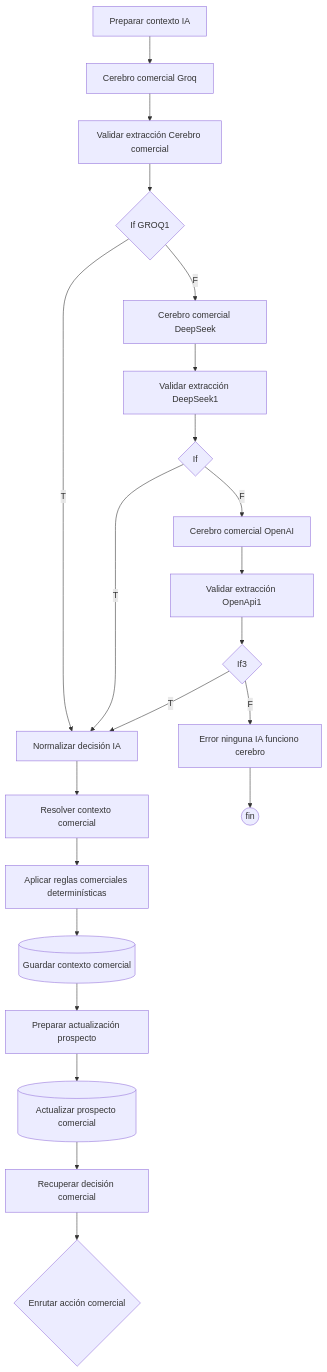
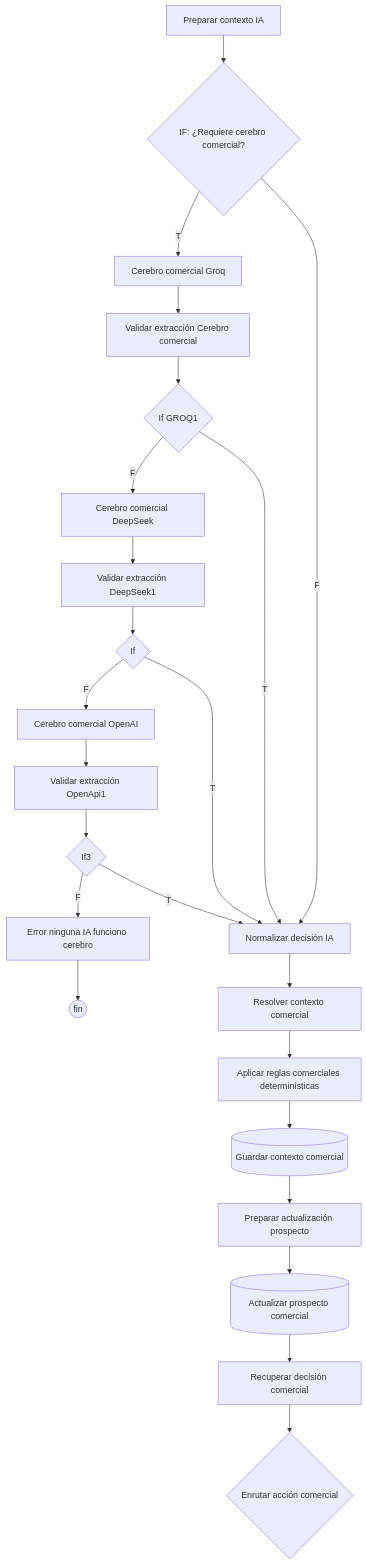
One commit to Theborycuas/pegaso-n8n changed the tenth of 15 diagrams in docs/FLUJO-WORKFLOW-PEGASO.md. Above: the diagram before and after it, drawn with Mermaid. The commit also changed other lines of this file and 19 other files, not shown here.

````diff
--- a/docs/FLUJO-WORKFLOW-PEGASO.md
+++ b/docs/FLUJO-WORKFLOW-PEGASO.md
@@ -331,12 +333,14 @@
 ```mermaid
 flowchart TD
-    PCI[Preparar contexto IA] --> CG[Cerebro comercial Groq] --> VCG[Validar extracción Cerebro comercial] --> G1{If GROQ1}
+    PCI[Preparar contexto IA] --> RCB{IF: ¿Requiere cerebro comercial?}
+    RCB -->|T| CG[Cerebro comercial Groq] --> VCG[Validar extracción Cerebro comercial] --> G1{If GROQ1}
+    RCB -->|F| NDI
     G1 -->|T| NDI[Normalizar decisión IA]
     G1 -->|F| CD[Cerebro comercial DeepSeek] --> VCD[Validar extracción DeepSeek1] --> I{If}
     I -->|T| NDI
     I -->|F| CO[Cerebro comercial OpenAI] --> VCO[Validar extracción OpenApi1] --> I3{If3}
     I3 -->|T| NDI
     I3 -->|F| ERR[Error ninguna IA funciono cerebro] --> F1((fin))
     NDI --> RCC[Resolver contexto comercial] --> ARC[Aplicar reglas comerciales determinísticas] --> GCC[(Guardar contexto comercial)]
     GCC --> PAP[Preparar actualización prospecto] --> APC[(Actualizar prospecto comercial)] --> RDC[Recuperar decisión comercial] --> SW{Enrutar acción comercial}
 ```
````
